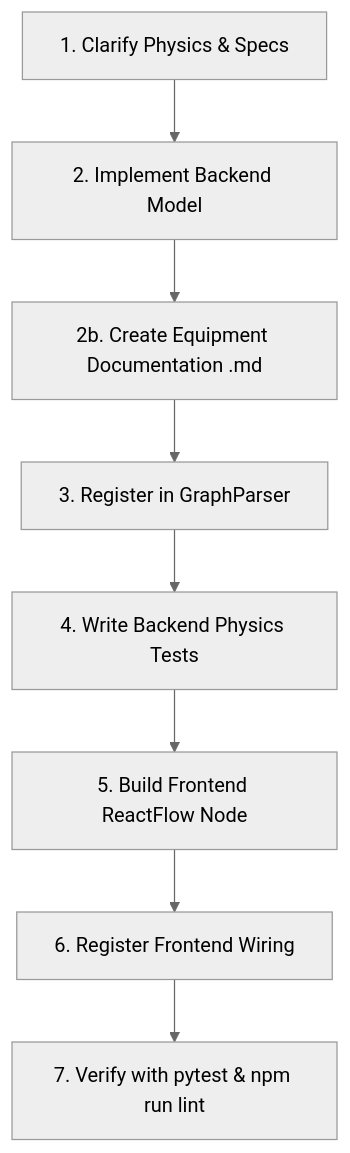
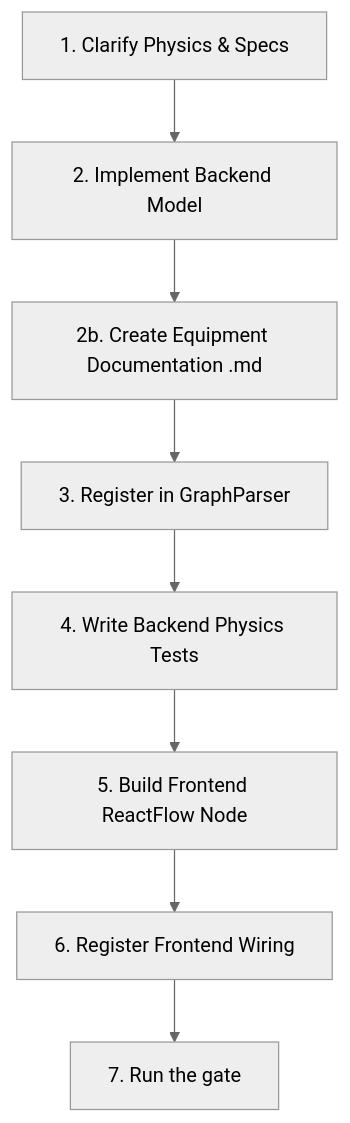
The diagram in .claude/skills/equipment-creation/SKILL.md (SWaelchli/WalFlow), drawn with Mermaid (neutral theme) before and after one commit. The commit also changed other lines of this file and 27 other files, not shown here.

````diff
--- a/.claude/skills/equipment-creation/SKILL.md
+++ b/.claude/skills/equipment-creation/SKILL.md
@@ -31,10 +28,10 @@
 ```mermaid
 flowchart TD
     A[1. Clarify Physics & Specs] --> B[2. Implement Backend Model]
     B --> B2[2b. Create Equipment Documentation .md]
     B2 --> C[3. Register in GraphParser]
     C --> D[4. Write Backend Physics Tests]
     D --> E[5. Build Frontend ReactFlow Node]
     E --> F[6. Register Frontend Wiring]
-    F --> G[7. Verify with pytest & npm run lint]
+    F --> G[7. Run the gate]
 ```
````
